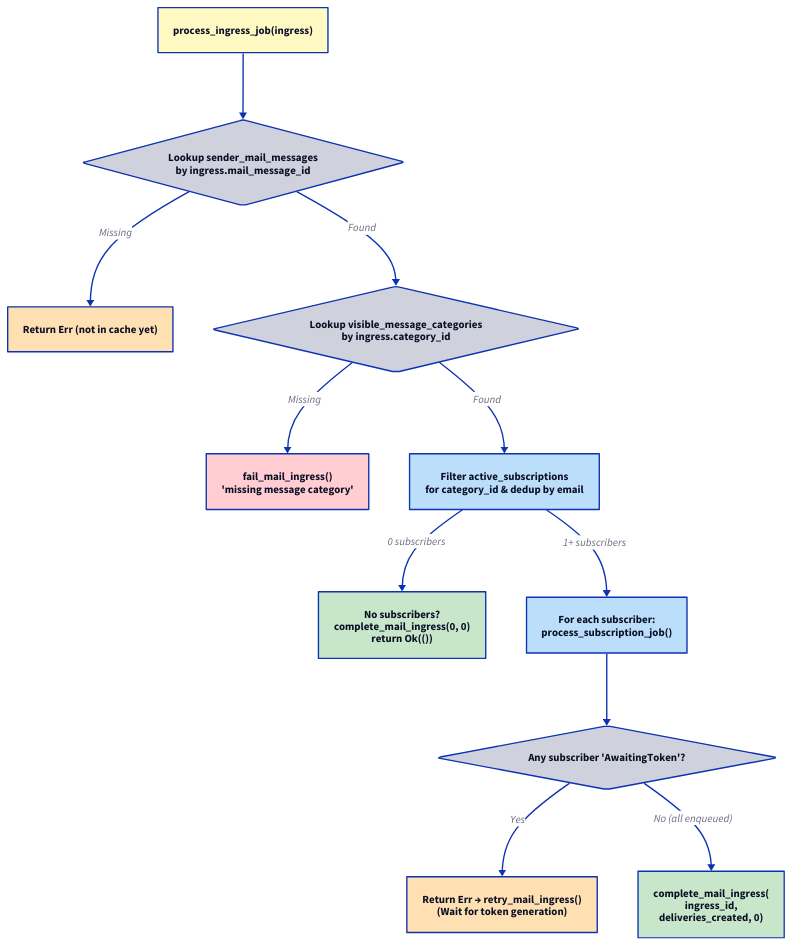
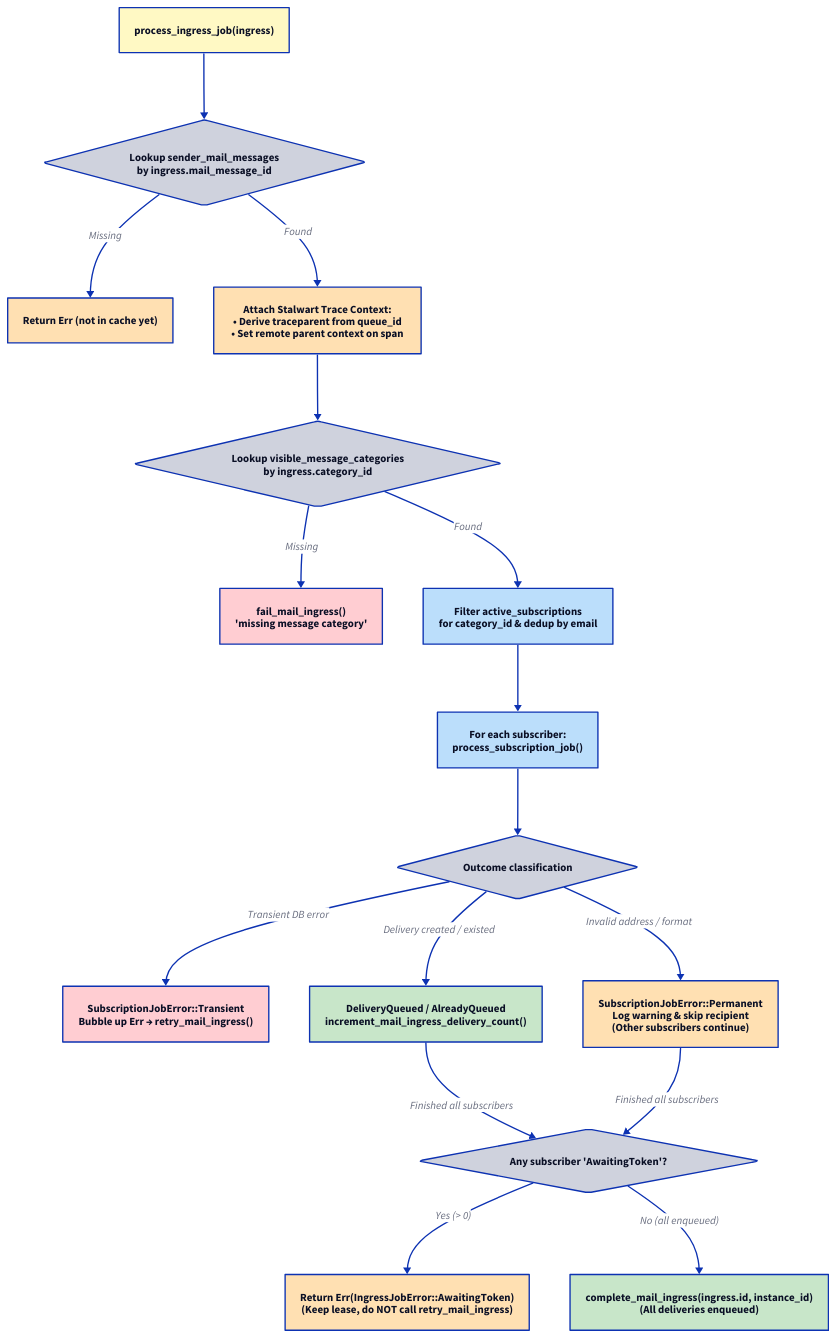
Before and after one commit to enaut/kommunikationszentrum: the diagram in docs/src/core/sender/control-flow-ingress-job.d2, drawn with D2. The commit also changed 94 other files, not shown here.

```diff
--- a/docs/src/core/sender/control-flow-ingress-job.d2
+++ b/docs/src/core/sender/control-flow-ingress-job.d2
@@ -1,27 +1,42 @@
 direction: down
 
 start: "process_ingress_job(ingress)" { style.fill: "#fff9c4" }
 msg: "Lookup sender_mail_messages\nby ingress.mail_message_id" { shape: diamond }
 msg_err: "Return Err (not in cache yet)" { style.fill: "#ffe0b2" }
 
+trace_attach: "Attach Stalwart Trace Context:\n• Derive traceparent from queue_id\n• Set remote parent context on span" { style.fill: "#ffe0b2" }
+
 cat: "Lookup visible_message_categories\nby ingress.category_id" { shape: diamond }
 fail: "fail_mail_ingress()\n'missing message category'" { style.fill: "#ffcdd2" }
 
 subs: "Filter active_subscriptions\nfor category_id & dedup by email" { style.fill: "#bbdefb" }
-empty: "No subscribers?\ncomplete_mail_ingress(0, 0)\nreturn Ok(())" { style.fill: "#c8e6c9" }
 
 loop_: "For each subscriber:\nprocess_subscription_job()" { style.fill: "#bbdefb" }
-token: "Any subscriber 'AwaitingToken'?" { shape: diamond }
-token_err: "Return Err → retry_mail_ingress()\n(Wait for token generation)" { style.fill: "#ffe0b2" }
-done: "complete_mail_ingress(\ningress_id,\ndeliveries_created, 0)" { style.fill: "#c8e6c9" }
+
+err_check: "Outcome classification" { shape: diamond }
+trans_err: "SubscriptionJobError::Transient\nBubble up Err → retry_mail_ingress()" { style.fill: "#ffcdd2" }
+perm_err: "SubscriptionJobError::Permanent\nLog warning & skip recipient\n(Other subscribers continue)" { style.fill: "#ffe0b2" }
+queued: "DeliveryQueued / AlreadyQueued\nincrement_mail_ingress_delivery_count()" { style.fill: "#c8e6c9" }
+
+token_check: "Any subscriber 'AwaitingToken'?" { shape: diamond }
+token_wait: "Return Err(IngressJobError::AwaitingToken)\n(Keep lease, do NOT call retry_mail_ingress)" { style.fill: "#ffe0b2" }
+done: "complete_mail_ingress(ingress.id, instance_id)\n(All deliveries enqueued)" { style.fill: "#c8e6c9" }
 
 start -> msg
 msg -> msg_err: "Missing"
-msg -> cat: "Found"
+msg -> trace_attach: "Found"
+trace_attach -> cat
 cat -> fail: "Missing"
 cat -> subs: "Found"
-subs -> empty: "0 subscribers"
-subs -> loop_: "1+ subscribers"
-loop_ -> token
-token -> token_err: "Yes"
-token -> done: "No (all enqueued)"
+subs -> loop_
+loop_ -> err_check
+
+err_check -> trans_err: "Transient DB error"
+err_check -> perm_err: "Invalid address / format"
+err_check -> queued: "Delivery created / existed"
+
+queued -> token_check: "Finished all subscribers"
+perm_err -> token_check: "Finished all subscribers"
+
+token_check -> token_wait: "Yes (> 0)"
+token_check -> done: "No (all enqueued)"
```
